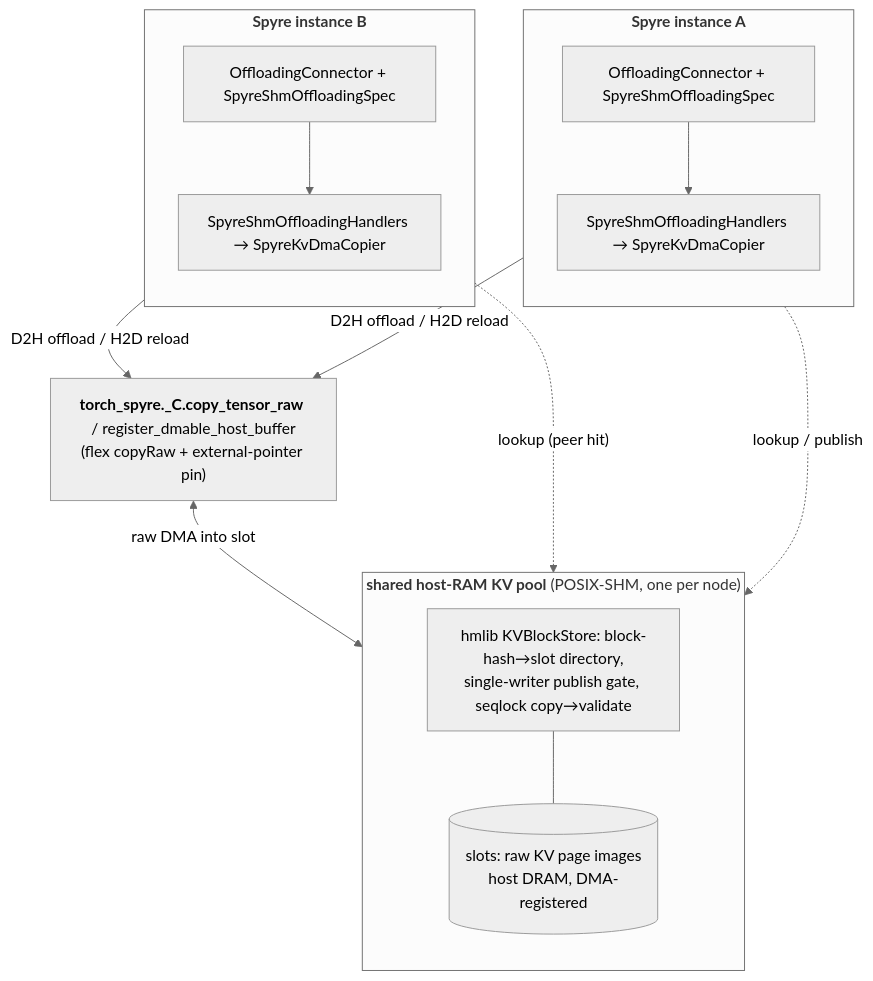
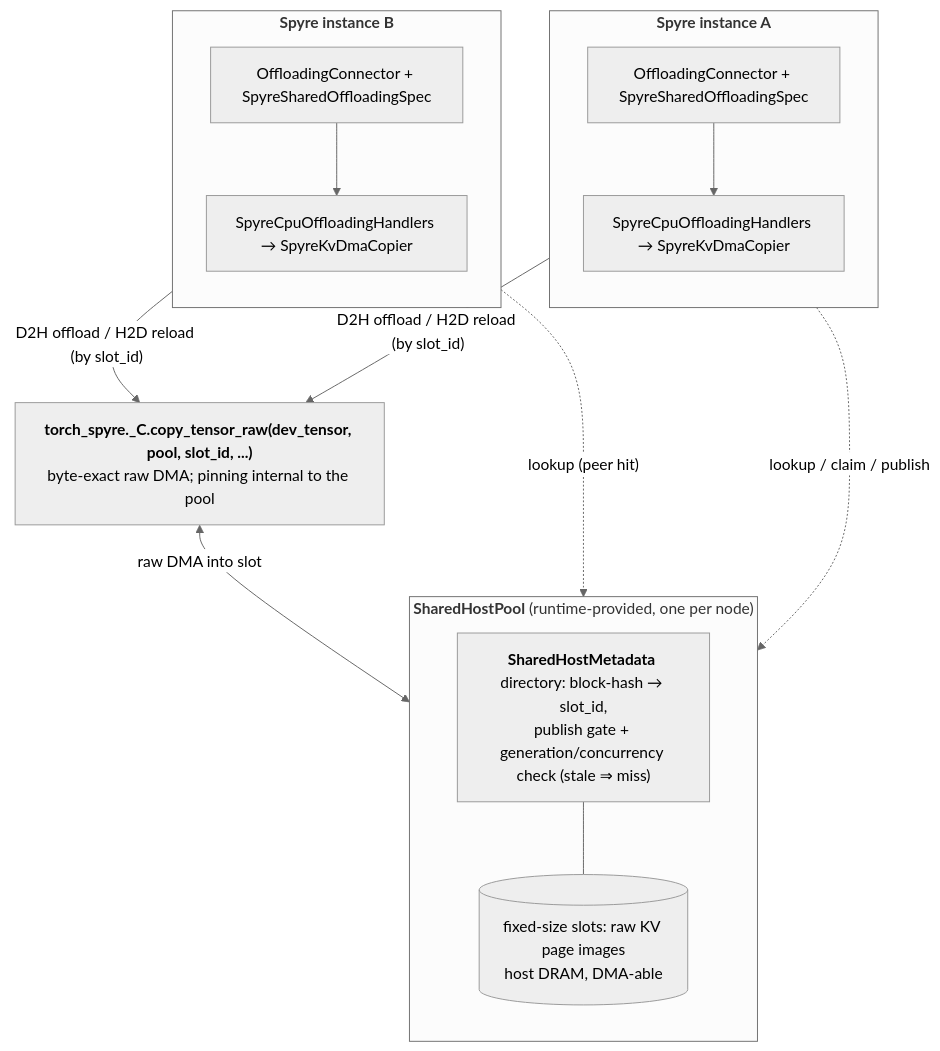
Before and after one commit to torch-spyre/spyre-inference: the second of 2 diagrams in docs/architecture/rfcs/upstream-connector-port.md, drawn with Mermaid. The commit also changed other lines of this file and 11 other files, not shown here.

First line of the commit message:
docs(rfc): realign M2 to shared host pool surface; scrub internal terms

````diff
--- a/docs/architecture/rfcs/upstream-connector-port.md
+++ b/docs/architecture/rfcs/upstream-connector-port.md
@@ -516,28 +523,28 @@
 ```mermaid
 %%{ init: { "flowchart": { "htmlLabels": true, "curve": "basis" }, "theme": "neutral" } }%%
 flowchart TB
     subgraph instA["<b>Spyre instance A</b>"]
         direction TB
-        OA["OffloadingConnector + SpyreShmOffloadingSpec"]
-        HA["SpyreShmOffloadingHandlers → SpyreKvDmaCopier"]
+        OA["OffloadingConnector + SpyreSharedOffloadingSpec"]
+        HA["SpyreCpuOffloadingHandlers → SpyreKvDmaCopier"]
         OA --> HA
     end
     subgraph instB["<b>Spyre instance B</b>"]
         direction TB
-        OB["OffloadingConnector + SpyreShmOffloadingSpec"]
-        HB["SpyreShmOffloadingHandlers → SpyreKvDmaCopier"]
+        OB["OffloadingConnector + SpyreSharedOffloadingSpec"]
+        HB["SpyreCpuOffloadingHandlers → SpyreKvDmaCopier"]
         OB --> HB
     end
-    RAW["<b>torch_spyre._C.copy_tensor_raw</b> / register_dmable_host_buffer<br/>(flex copyRaw + external-pointer pin)"]
-    subgraph pool["<b>shared host-RAM KV pool</b> (POSIX-SHM, one per node)"]
+    RAW["<b>torch_spyre._C.copy_tensor_raw(dev_tensor, pool, slot_id, ...)</b><br/>byte-exact raw DMA; pinning internal to the pool"]
+    subgraph pool["<b>SharedHostPool</b> (runtime-provided, one per node)"]
         direction TB
-        HM["hmlib KVBlockStore: block-hash→slot directory,<br/>single-writer publish gate, seqlock copy→validate"]
-        SLOTS[("slots: raw KV page images<br/>host DRAM, DMA-registered")]
+        HM["<b>SharedHostMetadata</b> directory: block-hash → slot_id,<br/>publish gate + generation/concurrency check (stale ⇒ miss)"]
+        SLOTS[("fixed-size slots: raw KV page images<br/>host DRAM, DMA-able")]
         HM --- SLOTS
     end
-    HA -->|"D2H offload / H2D reload"| RAW
-    HB -->|"D2H offload / H2D reload"| RAW
+    HA -->|"D2H offload / H2D reload (by slot_id)"| RAW
+    HB -->|"D2H offload / H2D reload (by slot_id)"| RAW
     RAW <-->|"raw DMA into slot"| SLOTS
-    HA -. "lookup / publish" .-> HM
+    HA -. "lookup / claim / publish" .-> HM
     HB -. "lookup (peer hit)" .-> HM
 ```
````
